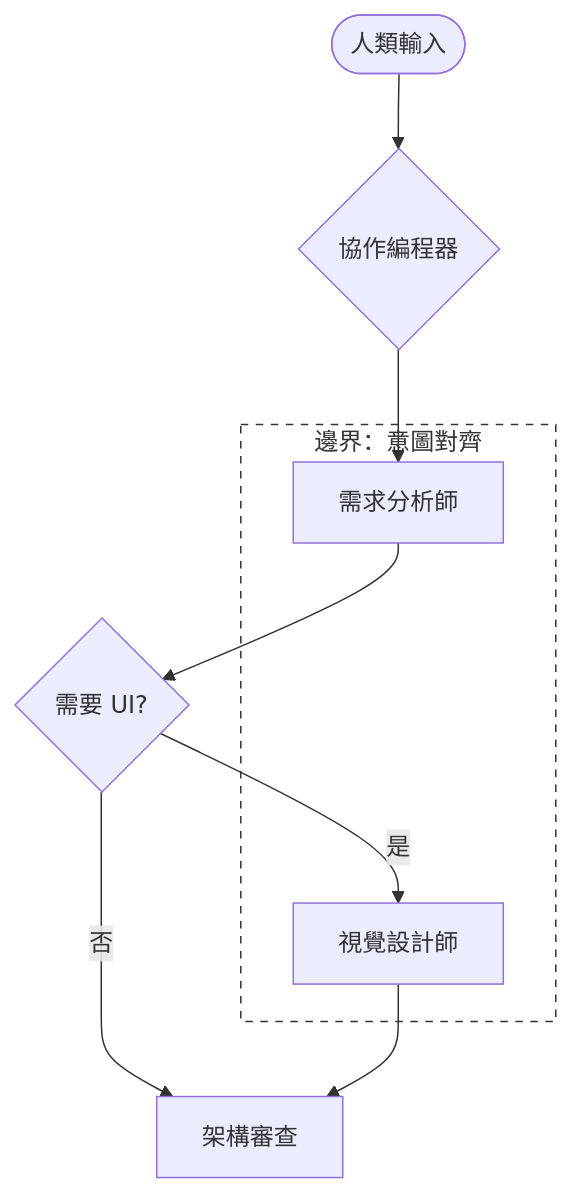
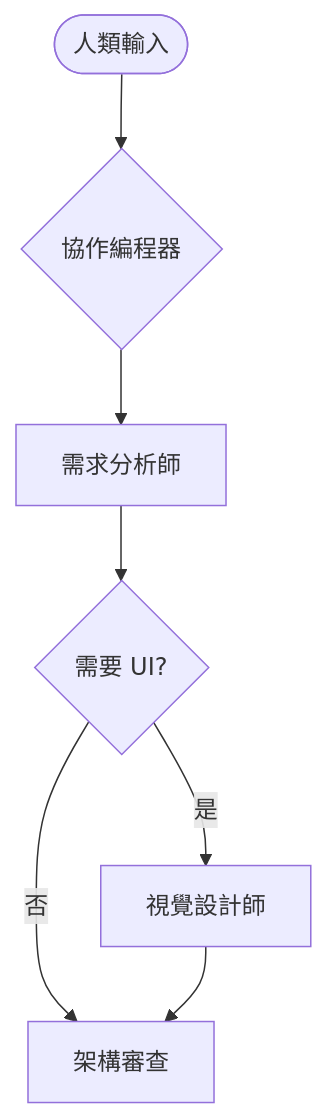
Before and after one commit to tibame201020/app-generator: the second of 4 diagrams in docs/FACTORY_WORKFLOW.qmd, drawn with Mermaid. The commit also changed other lines of this file and 6 other files, not shown here.

````diff
--- a/docs/FACTORY_WORKFLOW.qmd
+++ b/docs/FACTORY_WORKFLOW.qmd
@@ -74,15 +46,9 @@
 ```{mermaid}
 graph TD
     Start([人類輸入]) --> Orch{協作編程器}
     Orch --> ReqA[需求分析師]
     ReqA --> UI_Check{需要 UI?}
     UI_Check -- 是 --> VisD[視覺設計師]
     UI_Check -- 否 --> Arch[架構審查]
     VisD --> Arch
-    
-    subgraph SG1 ["邊界：意圖對齊"]
-        ReqA
-        VisD
-    end
-    style SG1 fill:#ffffff,stroke:#333,stroke-dasharray: 5 5
 ```
````
